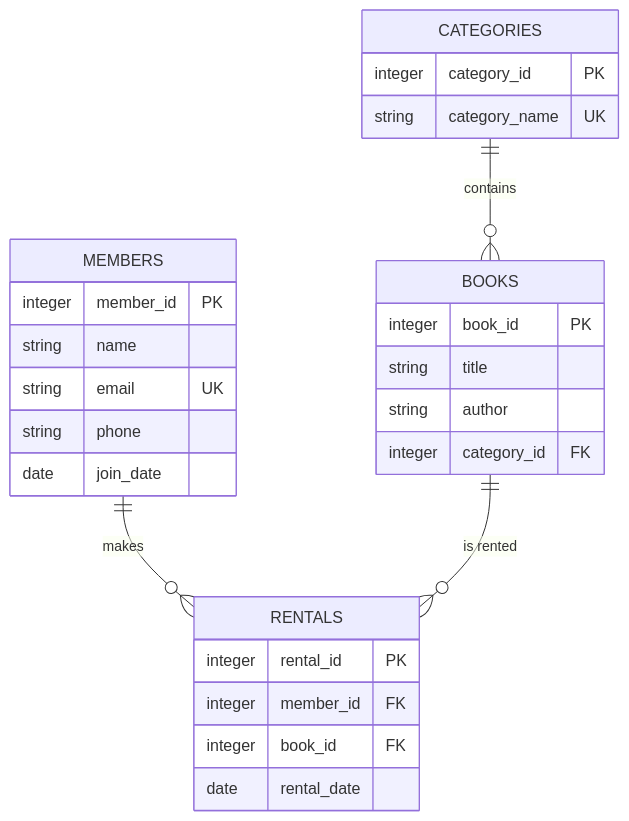
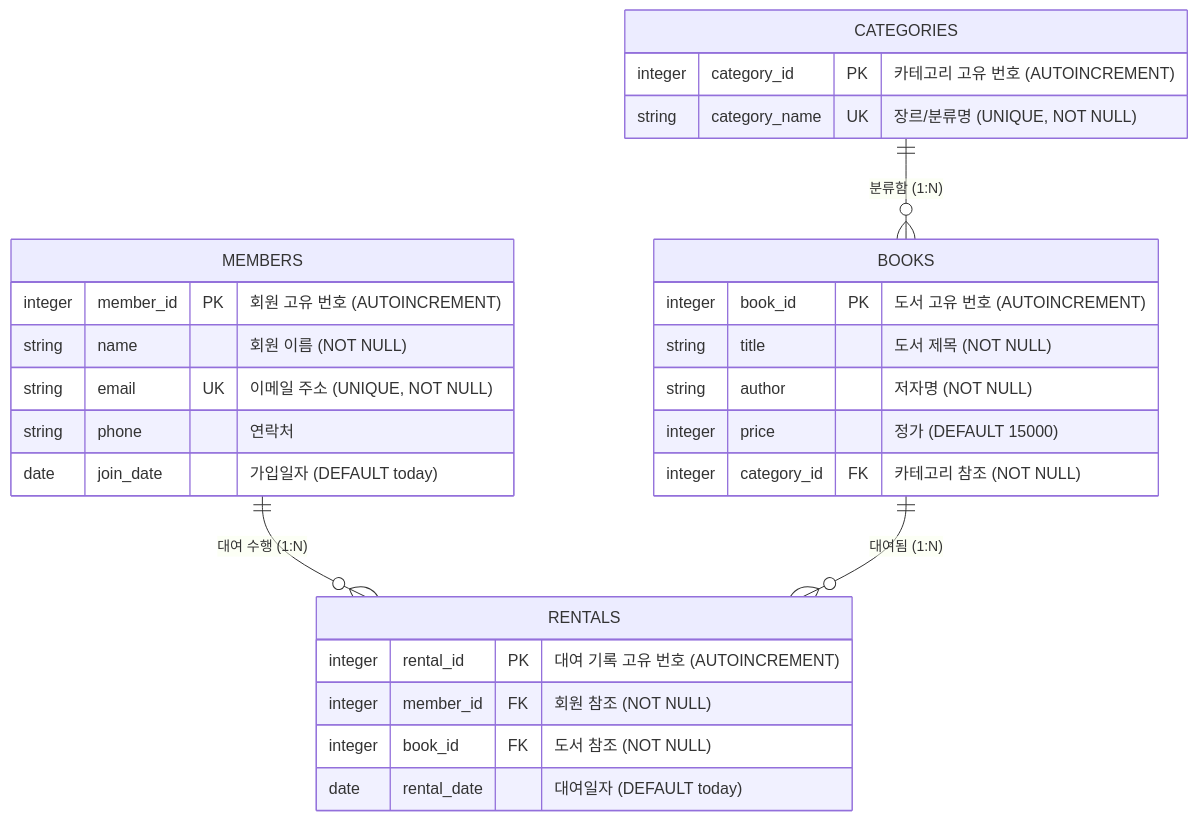
Before and after one commit to gdone9009/sql-db: the diagram in README.md, drawn with Mermaid. The commit also changed other lines of this file and 29 other files, not shown here.

````diff
--- a/README.md
+++ b/README.md
@@ -121,33 +37,34 @@
 ```mermaid
 erDiagram
-    MEMBERS ||--o{ RENTALS : "makes"
-    BOOKS ||--o{ RENTALS : "is rented"
-    CATEGORIES ||--o{ BOOKS : "contains"
+    MEMBERS ||--o{ RENTALS : "대여 수행 (1:N)"
+    BOOKS ||--o{ RENTALS : "대여됨 (1:N)"
+    CATEGORIES ||--o{ BOOKS : "분류함 (1:N)"
 
     MEMBERS {
-        integer member_id PK
-        string name
-        string email UK
-        string phone
-        date join_date
+        integer member_id PK "회원 고유 번호 (AUTOINCREMENT)"
+        string name "회원 이름 (NOT NULL)"
+        string email UK "이메일 주소 (UNIQUE, NOT NULL)"
+        string phone "연락처"
+        date join_date "가입일자 (DEFAULT today)"
     }
 
     CATEGORIES {
-        integer category_id PK
-        string category_name UK
+        integer category_id PK "카테고리 고유 번호 (AUTOINCREMENT)"
+        string category_name UK "장르/분류명 (UNIQUE, NOT NULL)"
     }
 
     BOOKS {
-        integer book_id PK
-        string title
-        string author
-        integer category_id FK
+        integer book_id PK "도서 고유 번호 (AUTOINCREMENT)"
+        string title "도서 제목 (NOT NULL)"
+        string author "저자명 (NOT NULL)"
+        integer price "정가 (DEFAULT 15000)"
+        integer category_id FK "카테고리 참조 (NOT NULL)"
     }
 
     RENTALS {
-        integer rental_id PK
-        integer member_id FK
-        integer book_id FK
-        date rental_date
+        integer rental_id PK "대여 기록 고유 번호 (AUTOINCREMENT)"
+        integer member_id FK "회원 참조 (NOT NULL)"
+        integer book_id FK "도서 참조 (NOT NULL)"
+        date rental_date "대여일자 (DEFAULT today)"
     }
 ```
````
